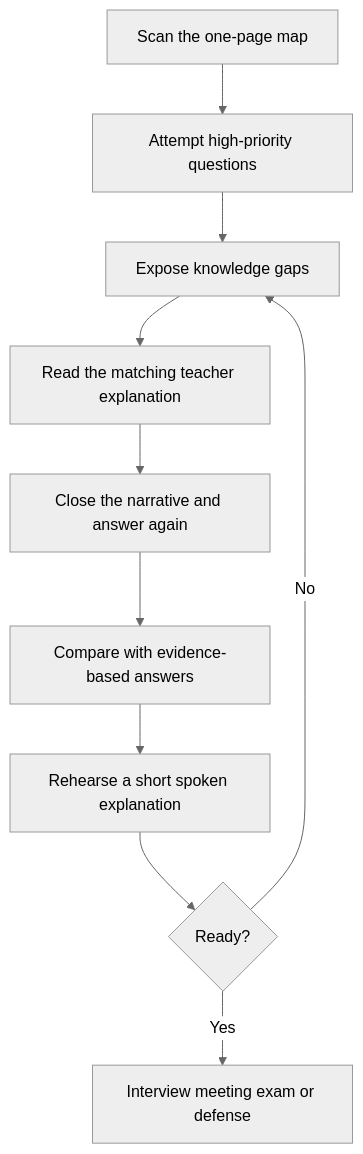
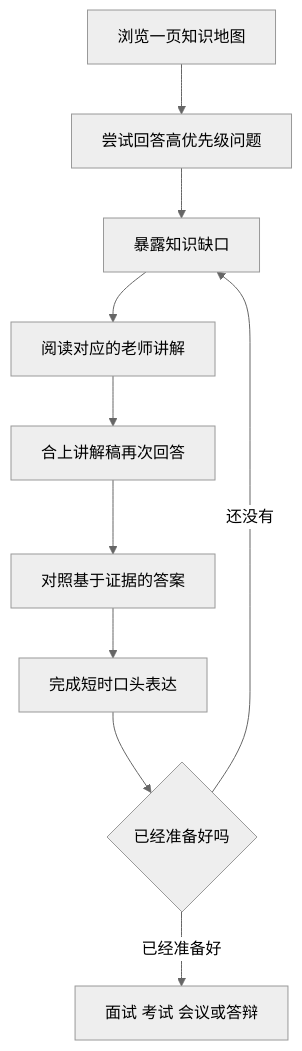
The second of 2 diagrams in README.md (Gusuhanfeng/study-fast), drawn with Mermaid (neutral theme) before and after one commit. The commit also changed other lines of this file and 3 other files, not shown here.

````diff
--- a/README.md
+++ b/README.md
@@ -51,12 +51,12 @@
 ```mermaid
 flowchart TD
-    A[Scan the one-page map] --> B[Attempt high-priority questions]
-    B --> C[Expose knowledge gaps]
-    C --> D[Read the matching teacher explanation]
-    D --> E[Close the narrative and answer again]
-    E --> F[Compare with evidence-based answers]
-    F --> G[Rehearse a short spoken explanation]
-    G --> H{Ready?}
-    H -->|No| C
-    H -->|Yes| I[Interview meeting exam or defense]
+    A[浏览一页知识地图] --> B[尝试回答高优先级问题]
+    B --> C[暴露知识缺口]
+    C --> D[阅读对应的老师讲解]
+    D --> E[合上讲解稿再次回答]
+    E --> F[对照基于证据的答案]
+    F --> G[完成短时口头表达]
+    G --> H{已经准备好吗}
+    H -->|还没有| C
+    H -->|已经准备好| I[面试 考试 会议或答辩]
 ```
````
